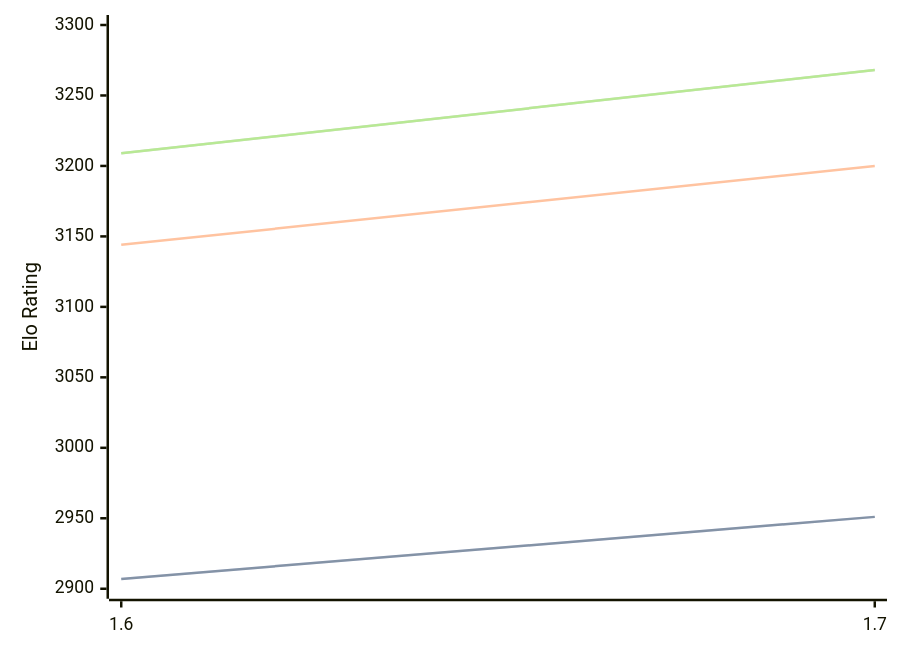
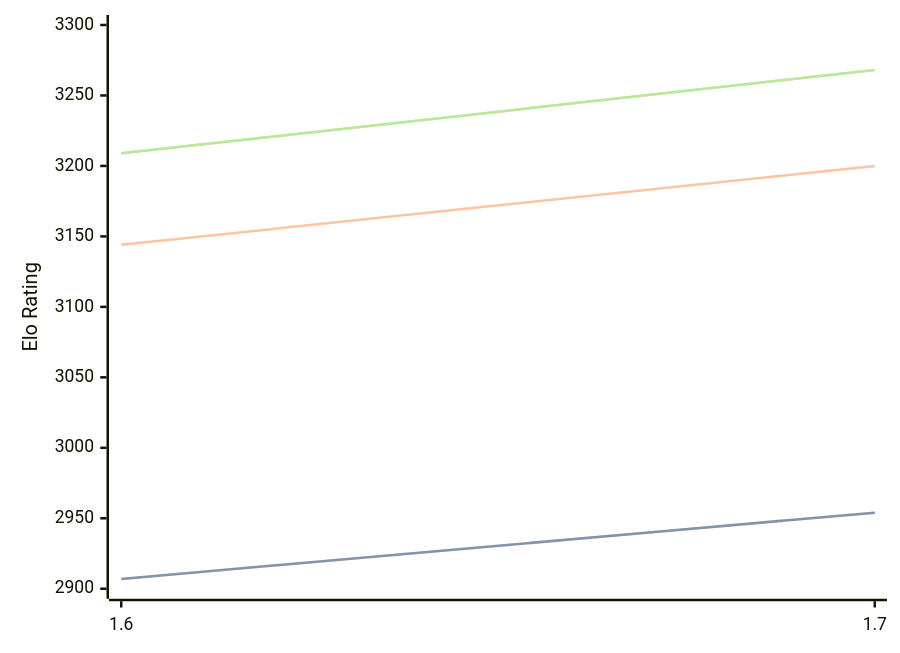
One commit to computer-chess-index/cci changed the diagram in engines/Bitbit.md. Above: the diagram before and after it, drawn with Mermaid. The commit also changed other lines of this file, not shown here.

````diff
--- a/engines/Bitbit.md
+++ b/engines/Bitbit.md
@@ -32,11 +32,11 @@
 ```mermaid
 %%{init: {"theme":"base","themeVariables":{"seriesColors:['#a3a3a3','#222221','#faa371']}}}%%
 xychart-beta
   x-axis ["1.6", "1.7"]
   y-axis "Elo Rating" 2900 --> 3300
-  line "" [2907, 2951]
-  line "STC (8.0+0.08s)" [2907, 2951]
+  line "" [2907, 2954]
+  line "STC (8.0+0.08s)" [2907, 2954]
   line "LTC (60.0+0.60s)" [3144, 3200]
   line "" [3209, 3268]
   line "VLTC (2m24s+1.12s)" [3209, 3268]
 ```
````
